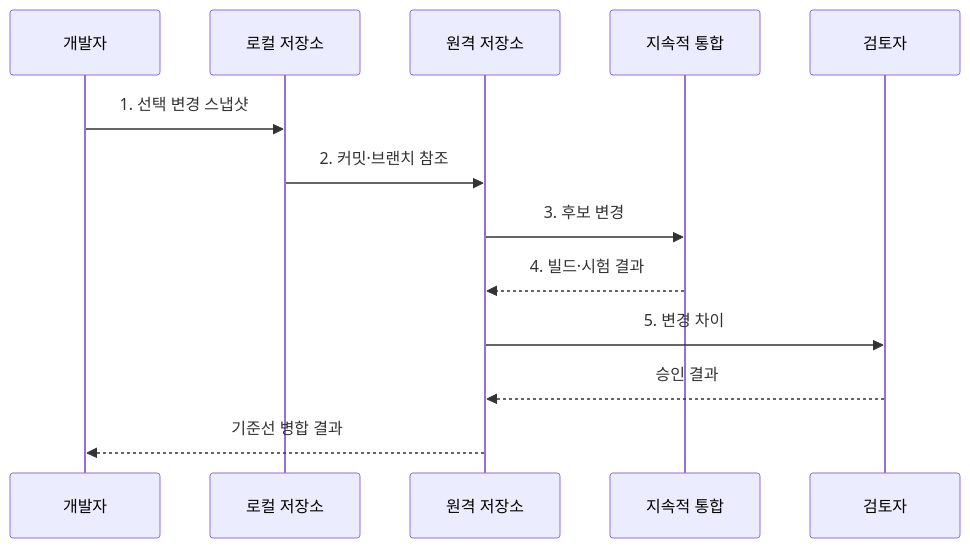
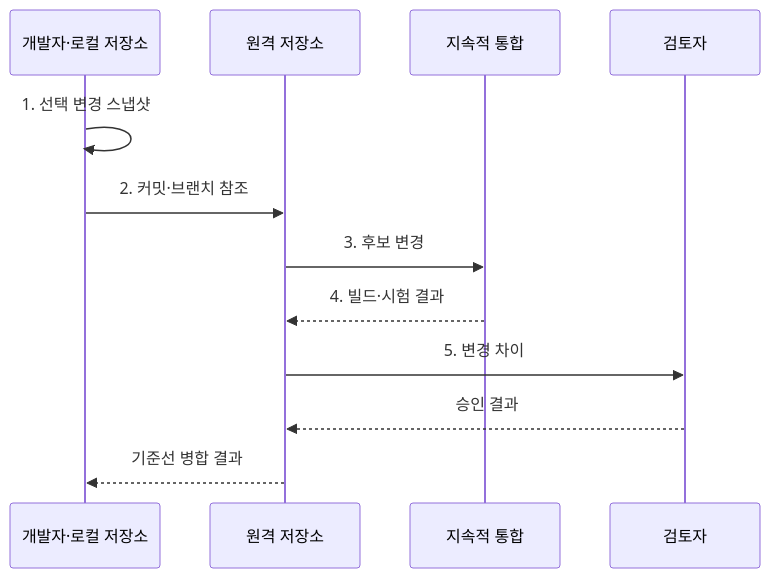
Before and after one commit to agnusdei1207/knowledge-base: the second of 2 diagrams in src/content/docs/notes/03-software/052_configuration_management_git.md, drawn with Mermaid. The commit also changed 7 other files, not shown here.

Commit message:
Reduce software delivery diagram actors

````diff
--- a/src/content/docs/notes/03-software/052_configuration_management_git.md
+++ b/src/content/docs/notes/03-software/052_configuration_management_git.md
@@ -103,15 +103,14 @@
 ```mermaid
 sequenceDiagram
-    participant D as 개발자
-    participant L as 로컬 저장소
+    participant D as 개발자·로컬 저장소
     participant R as 원격 저장소
     participant C as 지속적 통합
     participant A as 검토자
-    D->>L: 1. 선택 변경 스냅샷
-    L->>R: 2. 커밋·브랜치 참조
+    D->>D: 1. 선택 변경 스냅샷
+    D->>R: 2. 커밋·브랜치 참조
     R->>C: 3. 후보 변경
     C-->>R: 4. 빌드·시험 결과
     R->>A: 5. 변경 차이
     A-->>R: 승인 결과
     R-->>D: 기준선 병합 결과
 ```
````
